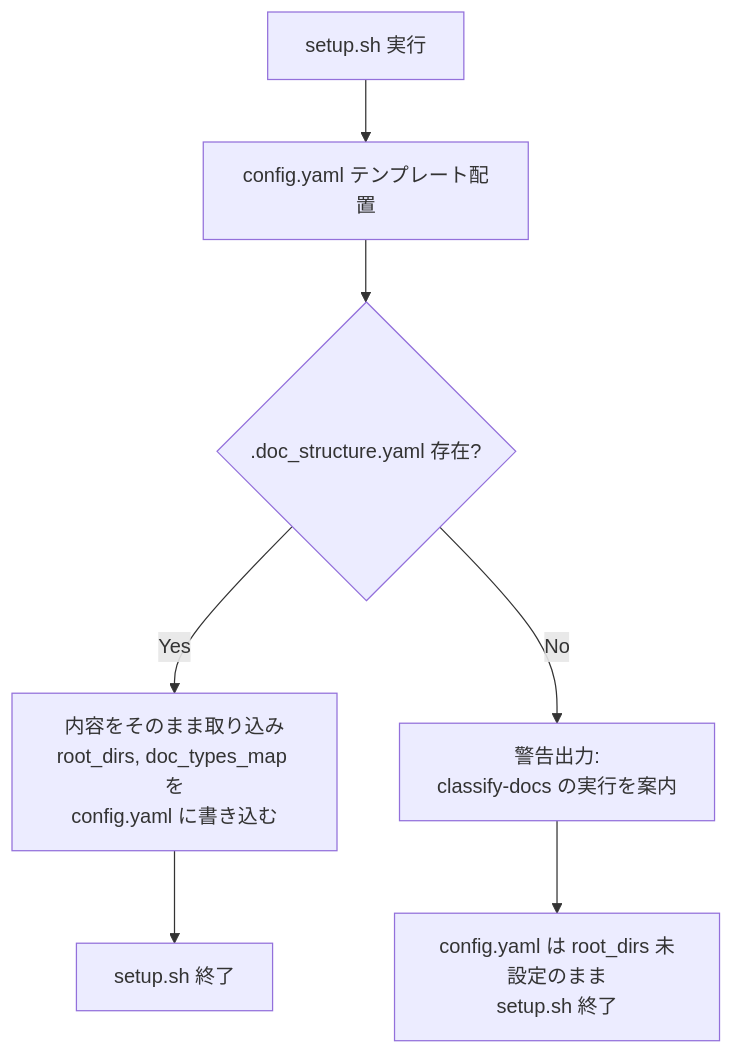
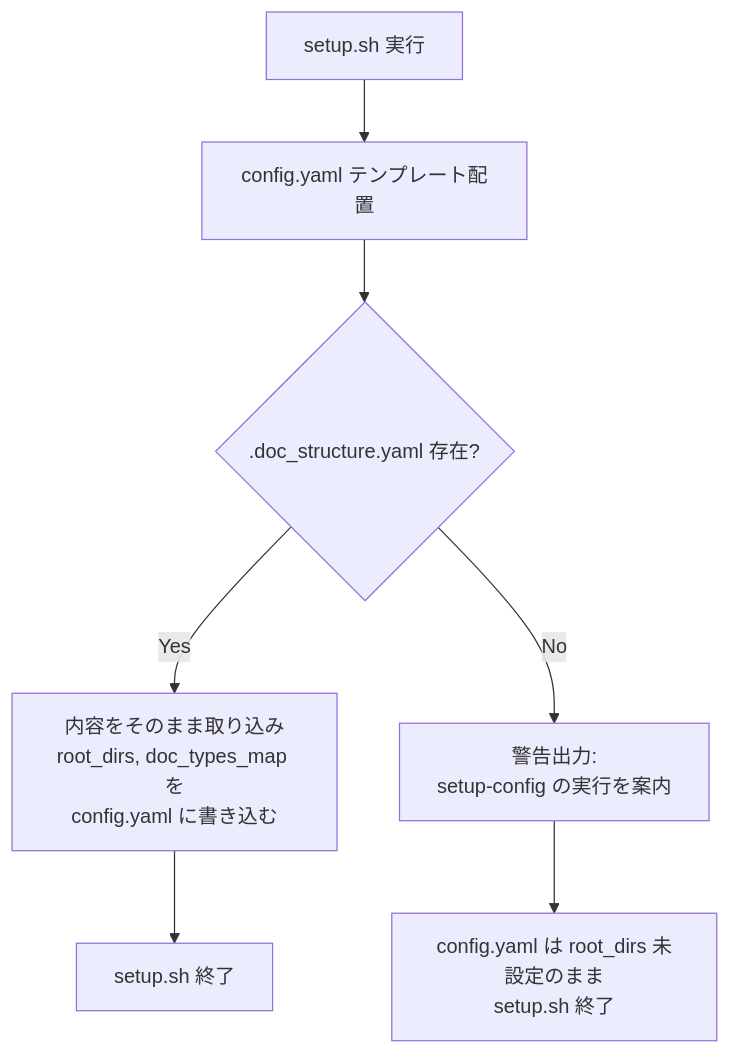
Before and after one commit to BlueEventHorizon/DocAdvisor-CC: the third of 10 diagrams in specs/design/DES-005_toc_generation_flow.md, drawn with Mermaid. The commit also changed other lines of this file and 20 other files, not shown here.

Commit message:
[4.3] feat: rename classify-docs to setup-config

````diff
--- a/specs/design/DES-005_toc_generation_flow.md
+++ b/specs/design/DES-005_toc_generation_flow.md
@@ -101,9 +101,9 @@
 ```mermaid
 flowchart TD
     A[setup.sh 実行] --> B[config.yaml テンプレート配置]
     B --> C{".doc_structure.yaml 存在?"}
     C -->|Yes| D["内容をそのまま取り込み<br>root_dirs, doc_types_map を<br>config.yaml に書き込む"]
     D --> E[setup.sh 終了]
-    C -->|No| F["警告出力:<br>classify-docs の実行を案内"]
+    C -->|No| F["警告出力:<br>setup-config の実行を案内"]
     F --> G[config.yaml は root_dirs 未設定のまま<br>setup.sh 終了]
 ```
````
